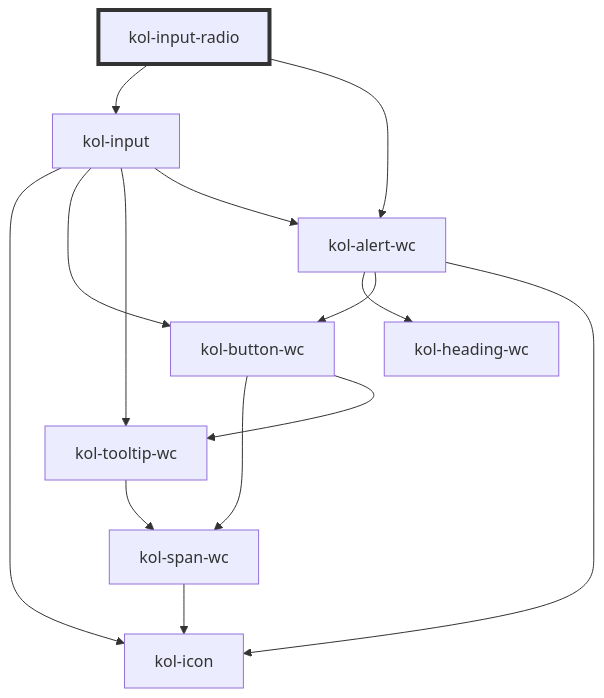
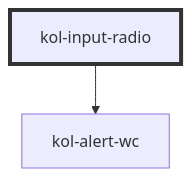
The diagram in packages/components/src/components/input-radio/readme.md (public-ui/kolibri), drawn with Mermaid before and after one commit. The commit also changed other lines of this file and 31 other files, not shown here.

````diff
--- a/packages/components/src/components/input-radio/readme.md
+++ b/packages/components/src/components/input-radio/readme.md
@@ -123,17 +122,5 @@
 ```mermaid
 graph TD;
-  kol-input-radio --> kol-input
   kol-input-radio --> kol-alert-wc
-  kol-input --> kol-icon
-  kol-input --> kol-button-wc
-  kol-input --> kol-tooltip-wc
-  kol-input --> kol-alert-wc
-  kol-button-wc --> kol-span-wc
-  kol-button-wc --> kol-tooltip-wc
-  kol-span-wc --> kol-icon
-  kol-tooltip-wc --> kol-span-wc
-  kol-alert-wc --> kol-heading-wc
-  kol-alert-wc --> kol-button-wc
-  kol-alert-wc --> kol-icon
   style kol-input-radio stroke:#333,stroke-width:4px
 ```
````
